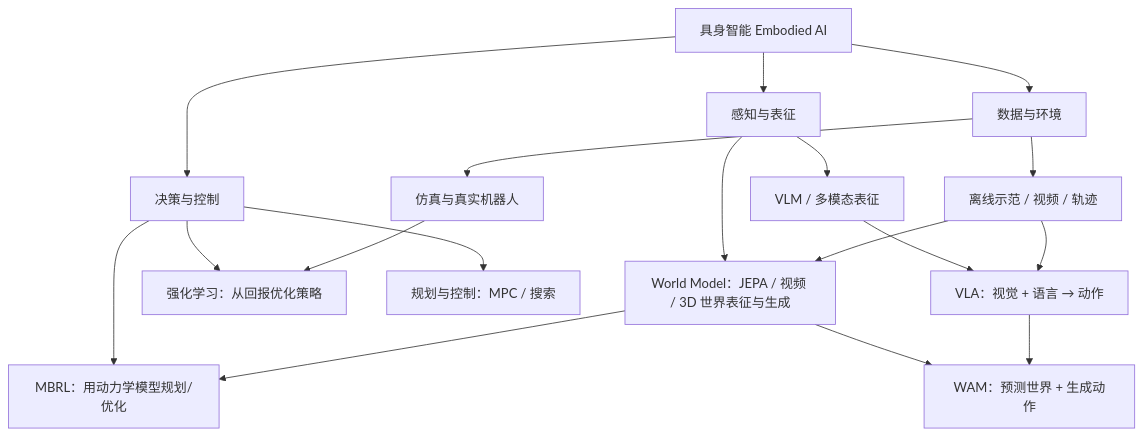
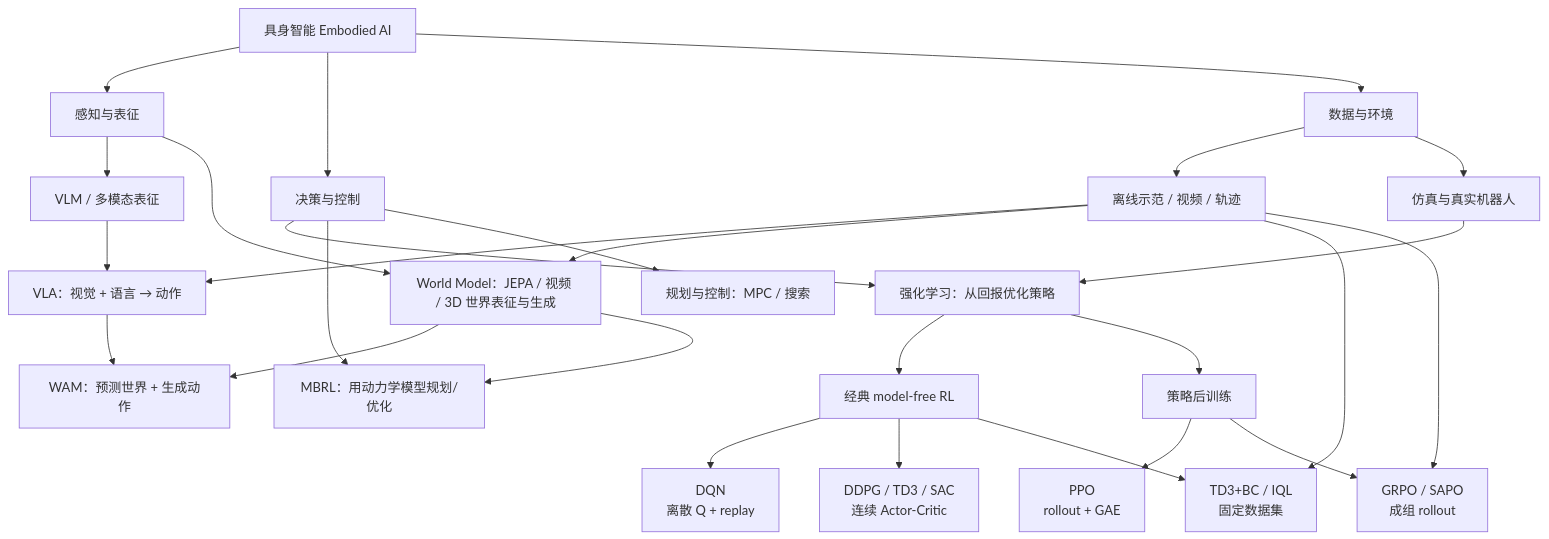
One commit to Faraday-2024/Embodied-AI-Start changed the first of 2 diagrams in README.md. Above: the diagram before and after it, drawn with Mermaid. The commit also changed other lines of this file and 2 other files, not shown here.

Commit message:
docs: update reinforcement learning diagrams

````diff
--- a/README.md
+++ b/README.md
@@ -25,24 +25,34 @@
 ```mermaid
 flowchart TD
     EAI["具身智能 Embodied AI"] --> P["感知与表征"]
     EAI --> D["决策与控制"]
     EAI --> DATA["数据与环境"]
 
     P --> VLM["VLM / 多模态表征"]
     P --> WM["World Model：JEPA / 视频 / 3D 世界表征与生成"]
 
     D --> RL["强化学习：从回报优化策略"]
     D --> MBRL["MBRL：用动力学模型规划/优化"]
     D --> PLAN["规划与控制：MPC / 搜索"]
 
+    RL --> CLASSIC["经典 model-free RL"]
+    CLASSIC --> DQN["DQN<br/>离散 Q + replay"]
+    CLASSIC --> AC["DDPG / TD3 / SAC<br/>连续 Actor-Critic"]
+    CLASSIC --> OFFLINE["TD3+BC / IQL<br/>固定数据集"]
+    RL --> POST["策略后训练"]
+    POST --> PPO["PPO<br/>rollout + GAE"]
+    POST --> GROUP["GRPO / SAPO<br/>成组 rollout"]
+
     VLM --> VLA["VLA：视觉 + 语言 → 动作"]
     WM --> WAM["WAM：预测世界 + 生成动作"]
     WM --> MBRL
     VLA --> WAM
 
     DATA --> DEMO["离线示范 / 视频 / 轨迹"]
     DATA --> SIM["仿真与真实机器人"]
     DEMO --> VLA
     DEMO --> WM
     SIM --> RL
+    DEMO --> OFFLINE
+    DEMO --> GROUP
 ```
````
